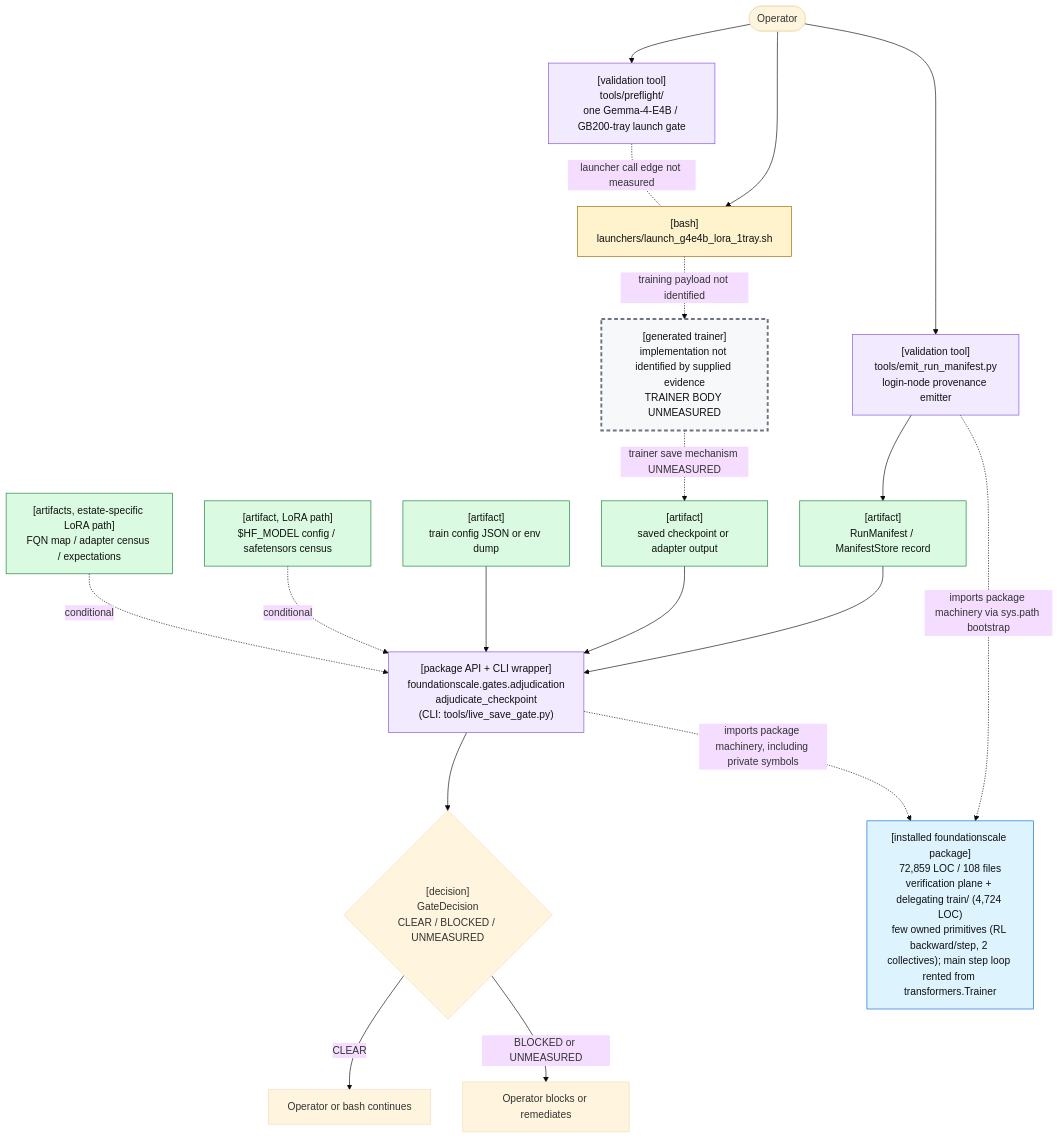
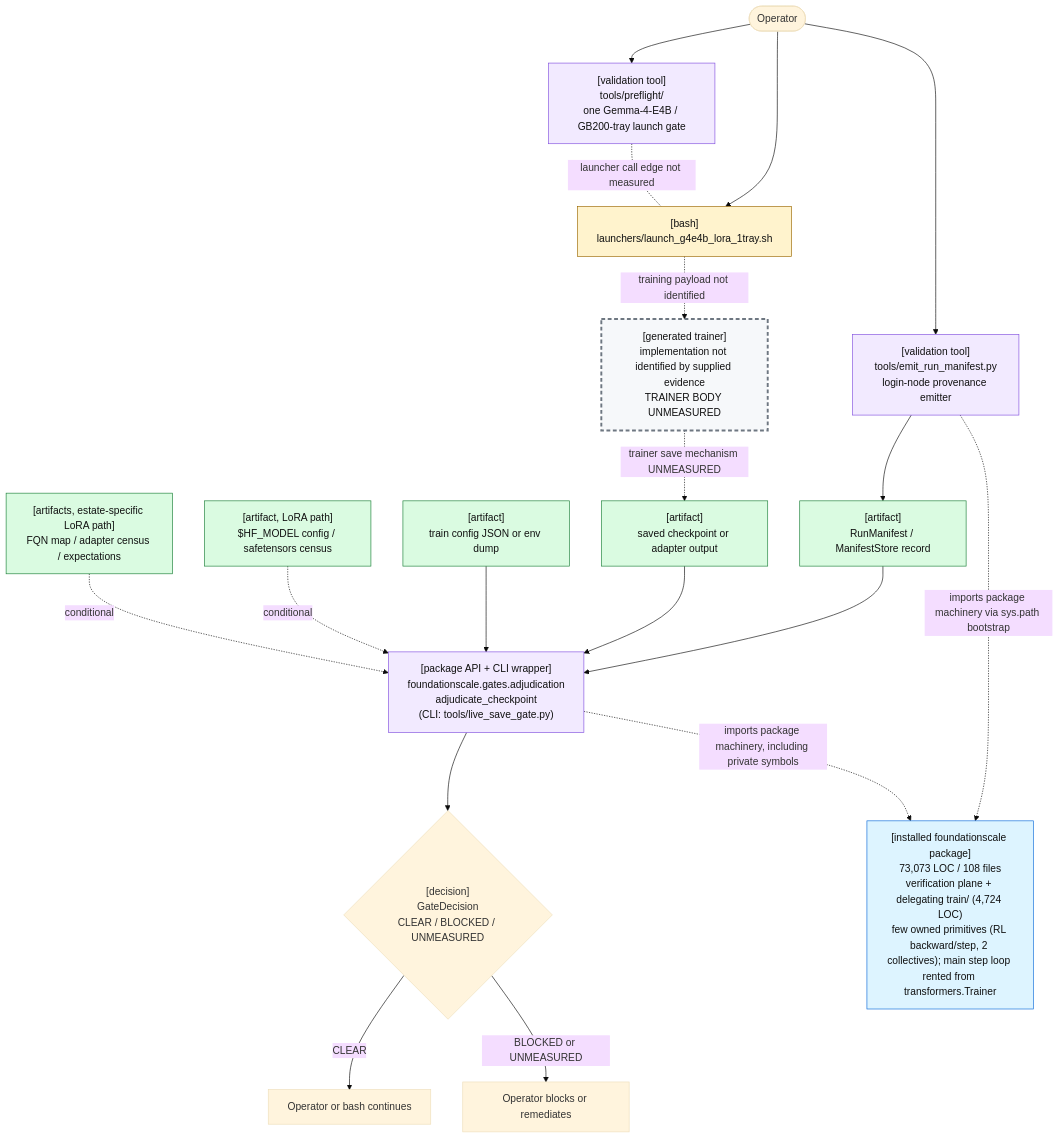
The first of 2 diagrams in docs/review/D2_current_architecture.md (TranNhiem/FoundationScale), drawn with Mermaid (base theme) before and after one commit. The commit also changed other lines of this file and 21 other files, not shown here.

````diff
--- a/docs/review/D2_current_architecture.md
+++ b/docs/review/D2_current_architecture.md
@@ -25,59 +25,59 @@
 ```mermaid
 flowchart TB
   O(["Operator"])
 
   PF["[validation tool]<br/>tools/preflight/<br/>one Gemma-4-E4B / GB200-tray launch gate"]
   L["[bash]<br/>launchers/launch_g4e4b_lora_1tray.sh"]
 
   E["[validation tool]<br/>tools/emit_run_manifest.py<br/>login-node provenance emitter"]
   M["[artifact]<br/>RunManifest / ManifestStore record"]
 
   T["[generated trainer]<br/>implementation not identified by supplied evidence<br/>TRAINER BODY UNMEASURED"]
   C["[artifact]<br/>saved checkpoint or adapter output"]
 
   G["[package API + CLI wrapper]<br/>foundationscale.gates.adjudication<br/>adjudicate_checkpoint<br/>(CLI: tools/live_save_gate.py)"]
   CFG["[artifact]<br/>train config JSON or env dump"]
   BASE["[artifact, LoRA path]<br/>$HF_MODEL config / safetensors census"]
   CEN["[artifacts, estate-specific LoRA path]<br/>FQN map / adapter census / expectations"]
 
   D{"[decision]<br/>GateDecision<br/>CLEAR / BLOCKED / UNMEASURED"}
   OK["Operator or bash continues"]
   NO["Operator blocks or remediates"]
 
-  PKG["[installed foundationscale package]<br/>72,859 LOC / 108 files<br/>verification plane + delegating train/ (4,724 LOC)<br/>few owned primitives (RL backward/step, 2 collectives); main step loop rented from transformers.Trainer"]
+  PKG["[installed foundationscale package]<br/>73,073 LOC / 108 files<br/>verification plane + delegating train/ (4,724 LOC)<br/>few owned primitives (RL backward/step, 2 collectives); main step loop rented from transformers.Trainer"]
 
   O --> PF
   O --> L
   PF -. "launcher call edge not measured" .- L
 
   O --> E
   E --> M
 
   L -. "training payload not identified" .-> T
   T -. "trainer save mechanism UNMEASURED" .-> C
 
   M --> G
   C --> G
   CFG --> G
   BASE -. "conditional" .-> G
   CEN -. "conditional" .-> G
 
   E -. "imports package machinery via sys.path bootstrap" .-> PKG
   G -. "imports package machinery, including private symbols" .-> PKG
 
   G --> D
   D -->|"CLEAR"| OK
   D -->|"BLOCKED or UNMEASURED"| NO
 
   classDef bash fill:#fff3cd,stroke:#9a6700,color:#111;
   classDef tool fill:#f2eaff,stroke:#8250df,color:#111;
   classDef artifact fill:#dafbe1,stroke:#1a7f37,color:#111;
   classDef gap fill:#f6f8fa,stroke:#6e7781,stroke-width:3px,stroke-dasharray: 6 4,color:#111;
   classDef pkg fill:#ddf4ff,stroke:#0969da,color:#111;
 
   class L bash;
   class PF,E,G tool;
   class M,C,CFG,BASE,CEN artifact;
   class T gap;
   class PKG pkg;
 ```
````
